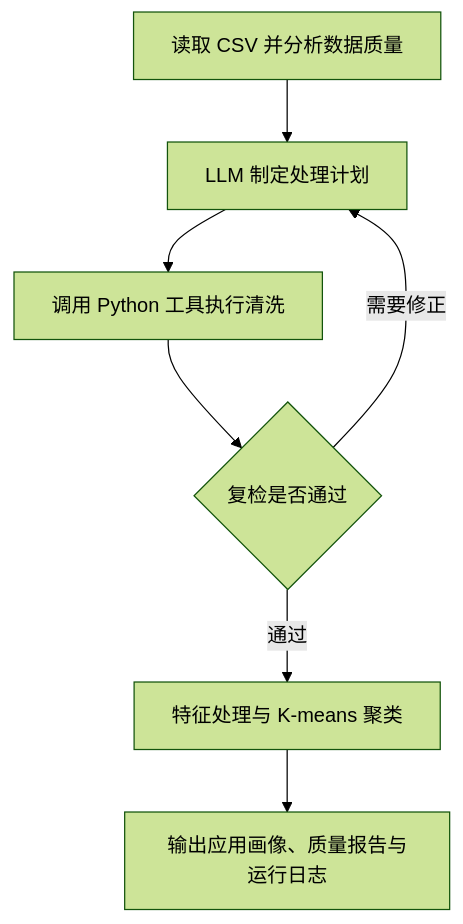
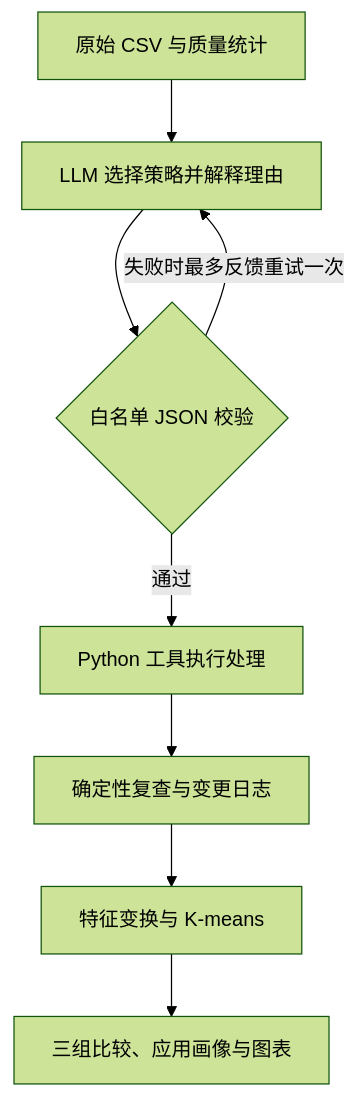
The diagram in README.md (zjw-buaa/Data-Mining-Group-Project), drawn with Mermaid (forest theme) before and after one commit. The commit also changed other lines of this file and 132 other files, not shown here.

````diff
--- a/README.md
+++ b/README.md
@@ -43,9 +120,10 @@
 ```mermaid
 flowchart TD
-    A[读取 CSV 并分析数据质量] --> B[LLM 制定处理计划]
-    B --> C[调用 Python 工具执行清洗]
-    C --> D{复检是否通过}
-    D -->|需要修正| B
-    D -->|通过| E[特征处理与 K-means 聚类]
-    E --> F[输出应用画像、质量报告与运行日志]
+    A[原始 CSV 与质量统计] --> B[LLM 选择策略并解释理由]
+    B --> C{白名单 JSON 校验}
+    C -->|通过| D[Python 工具执行处理]
+    C -->|失败时最多反馈重试一次| B
+    D --> E[确定性复查与变更日志]
+    E --> F[特征变换与 K-means]
+    F --> G[三组比较、应用画像与图表]
 ```
````
